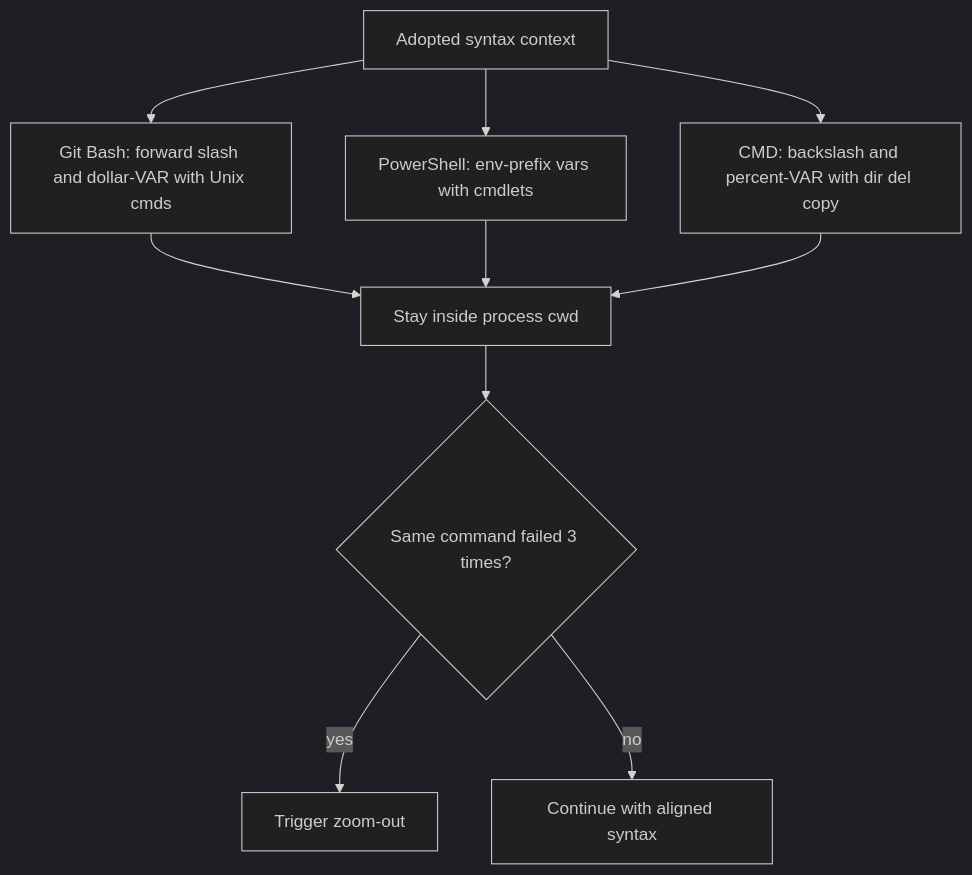
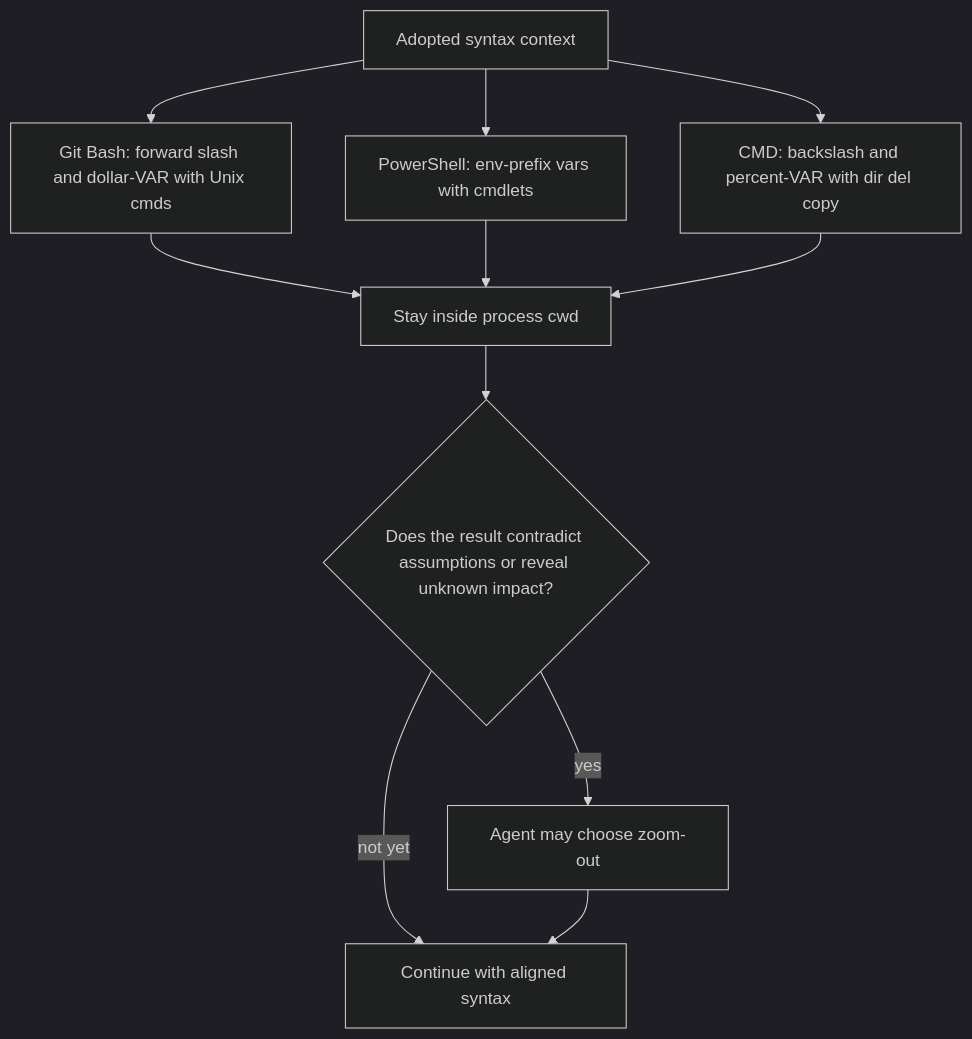
One commit to dyphn1/Harness-everything changed the second of 4 diagrams in docs/workflows/environment-detection.md. Above: the diagram before and after it, drawn with Mermaid (dark theme). The commit also changed other lines of this file and 17 other files, not shown here.

First line of the commit message:
docs(zoom-out): describe agent-initiated zoom-out in active docs

````diff
--- a/docs/workflows/environment-detection.md
+++ b/docs/workflows/environment-detection.md
@@ -25,12 +25,13 @@
 ```mermaid
 graph TD
   Adopted[Adopted syntax context] --> GitBash[Git Bash: forward slash and dollar-VAR with Unix cmds]
   Adopted --> PowerShell[PowerShell: env-prefix vars with cmdlets]
   Adopted --> CmdShell[CMD: backslash and percent-VAR with dir del copy]
   GitBash --> GuardCwd[Stay inside process cwd]
   PowerShell --> GuardCwd
   CmdShell --> GuardCwd
-  GuardCwd --> FailCount{Same command failed 3 times?}
-  FailCount -->|yes| ZoomEsc[Trigger zoom-out]
-  FailCount -->|no| ContinueRun[Continue with aligned syntax]
+  GuardCwd --> Evidence{Does the result contradict assumptions or reveal unknown impact?}
+  Evidence -->|yes| ZoomChoice[Agent may choose zoom-out]
+  Evidence -->|not yet| ContinueRun[Continue with aligned syntax]
+  ZoomChoice --> ContinueRun
 ```
````
